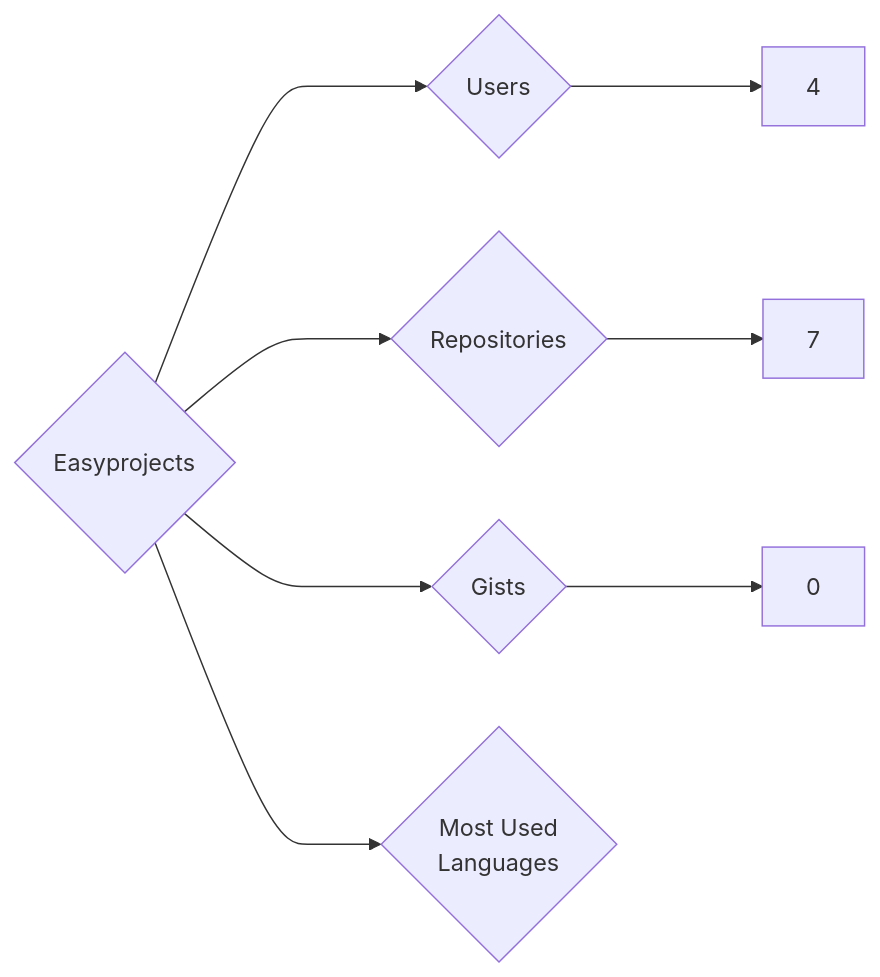
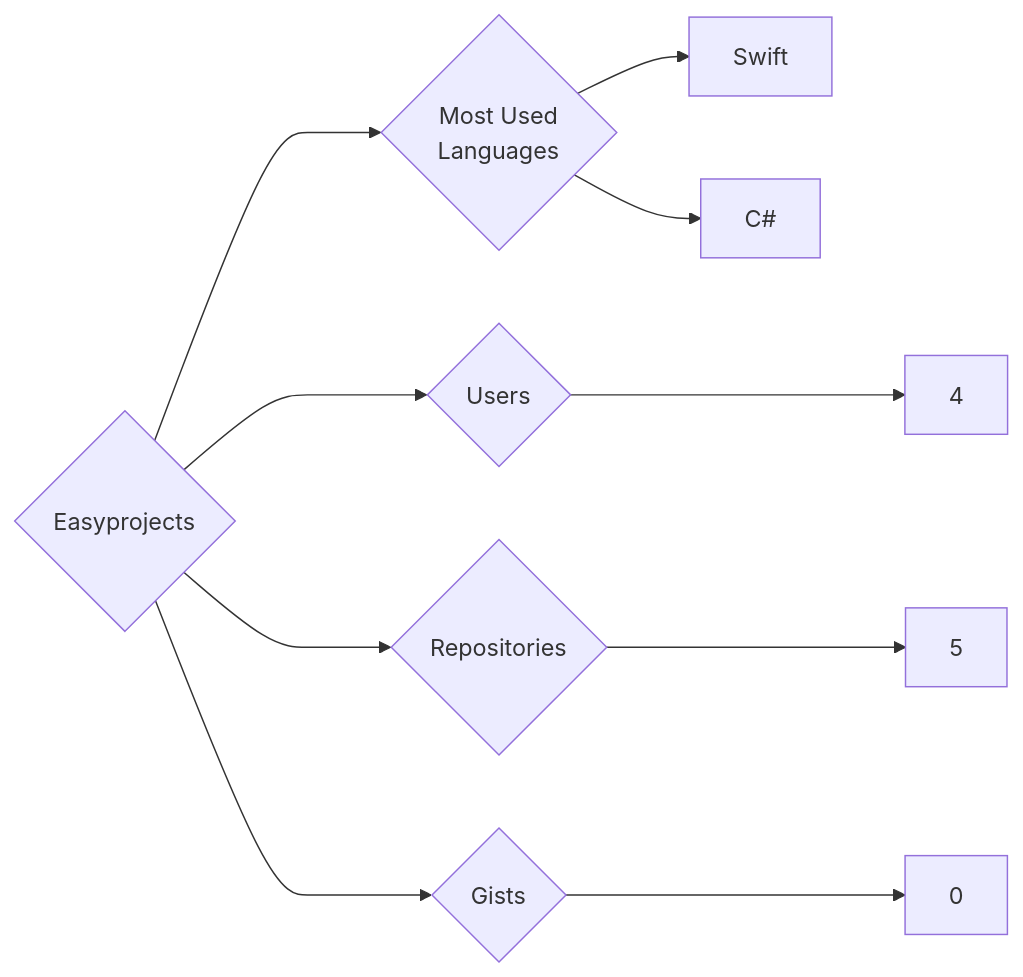
One commit to trickest/insiders changed the diagram in targets/Easyprojects/README.md. Above: the diagram before and after it, drawn with Mermaid. The commit also changed 1166 other files, not shown here.

````diff
--- a/targets/Easyprojects/README.md
+++ b/targets/Easyprojects/README.md
@@ -3,8 +3,10 @@
 ```mermaid
 graph LR
 COMPANY_NAME{Easyprojects}
 COMPANY_NAME ---> U{Users} ---> UN[4]
-COMPANY_NAME ---> R{Repositories} ---> RN[7]
+COMPANY_NAME ---> R{Repositories} ---> RN[5]
 COMPANY_NAME ---> G{Gists} ---> GN[0]
 COMPANY_NAME ---> ML{Most Used<br>Languages}
+ML --> Swift[Swift]
+ML --> C#[C#]
 ```
````
